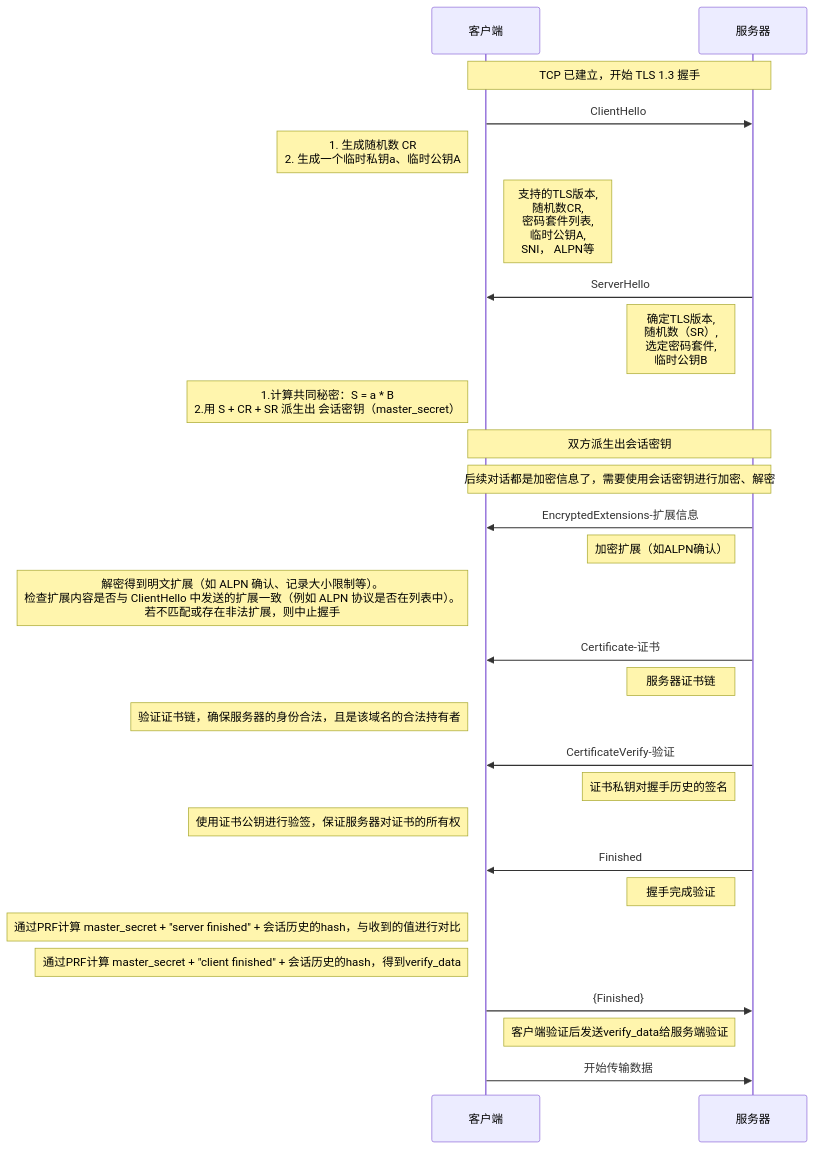
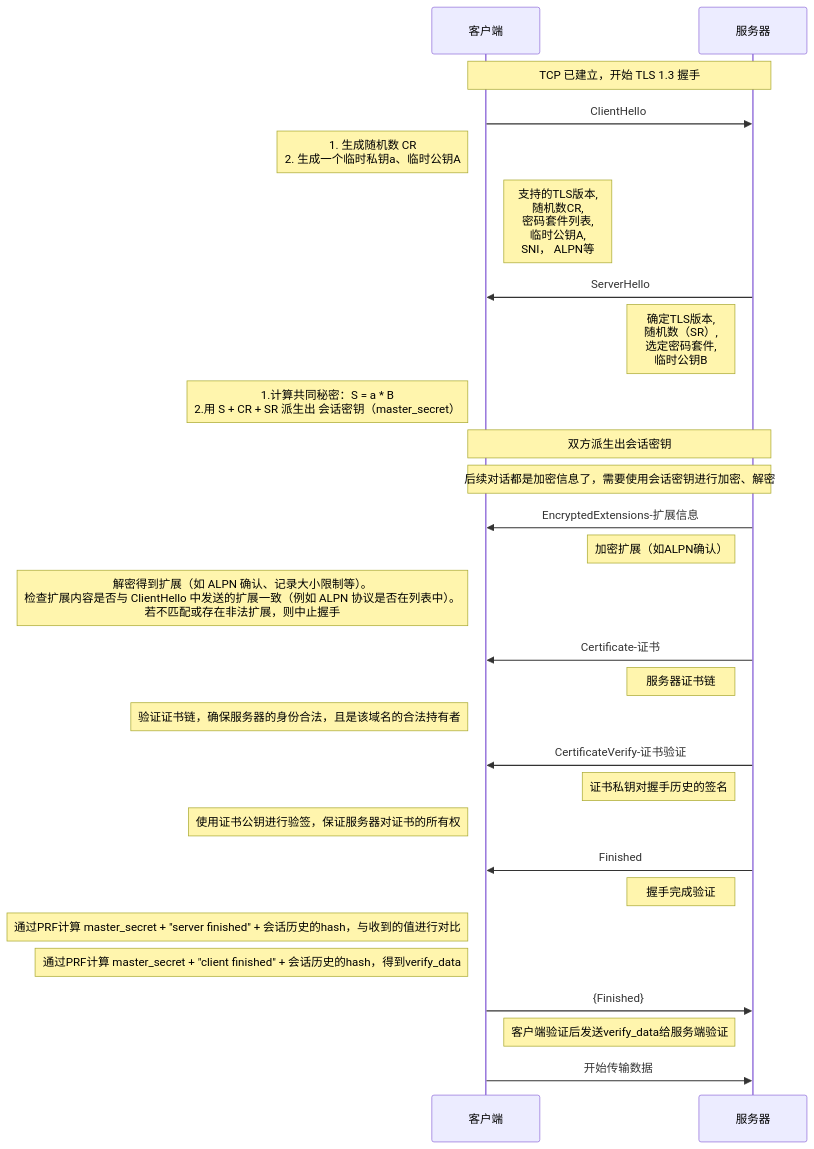
Before and after one commit to HY-10-8/iodraw-files: the diagram in all/TLS-1.3-通用.md, drawn with Mermaid.

Commit message:
2026-03-31 11:10:01 update

````diff
--- a/all/TLS-1.3-通用.md
+++ b/all/TLS-1.3-通用.md
@@ -1,40 +1,40 @@
 ```mermaid
 sequenceDiagram
     participant C as 客户端
     participant S as 服务器
 
     Note over C,S: TCP 已建立，开始 TLS 1.3 握手
 
     C->>S: ClientHello
     Note left of C: 1. 生成随机数 CR<br/> 2. 生成一个临时私钥a、临时公钥A
     Note right of C: 支持的TLS版本,<br/> 随机数CR,<br/> 密码套件列表,<br/> 临时公钥A,<br/> SNI， ALPN等
 
     S->>C: ServerHello
     Note left of S: 确定TLS版本, <br/>随机数（SR）,<br/> 选定密码套件, <br/>临时公钥B
     Note left of C: 1.计算共同秘密：S = a * B<br/> 2.用 S + CR + SR 派生出 会话密钥（master_secret）
 
     Note over C,S: 双方派生出会话密钥
     Note over C,S: 后续对话都是加密信息了，需要使用会话密钥进行加密、解密
 
     S->>C: EncryptedExtensions-扩展信息
     Note left of S: 加密扩展（如ALPN确认）
-    Note left of C: 解密得到明文扩展（如 ALPN 确认、记录大小限制等）。<br/>检查扩展内容是否与 ClientHello 中发送的扩展一致（例如 ALPN 协议是否在列表中）。<br/> 若不匹配或存在非法扩展，则中止握手
+    Note left of C: 解密得到扩展（如 ALPN 确认、记录大小限制等）。<br/>检查扩展内容是否与 ClientHello 中发送的扩展一致（例如 ALPN 协议是否在列表中）。<br/> 若不匹配或存在非法扩展，则中止握手
 
     S->>C: Certificate-证书
     Note left of S: 服务器证书链
     Note left of C: 验证证书链，确保服务器的身份合法，且是该域名的合法持有者
 
-    S->>C: CertificateVerify-验证
+    S->>C: CertificateVerify-证书验证
     Note left of S: 证书私钥对握手历史的签名
     Note left of C: 使用证书公钥进行验签，保证服务器对证书的所有权
 
     S->>C: Finished
     Note left of S: 握手完成验证
     Note left of C: 通过PRF计算 master_secret + "server finished" + 会话历史的hash，与收到的值进行对比
     Note left of C: 通过PRF计算 master_secret + "client finished" + 会话历史的hash，得到verify_data
 
     C->>S: {Finished}
     Note right of C: 客户端验证后发送verify_data给服务端验证
 
     C->>S: 开始传输数据
 ```
````
